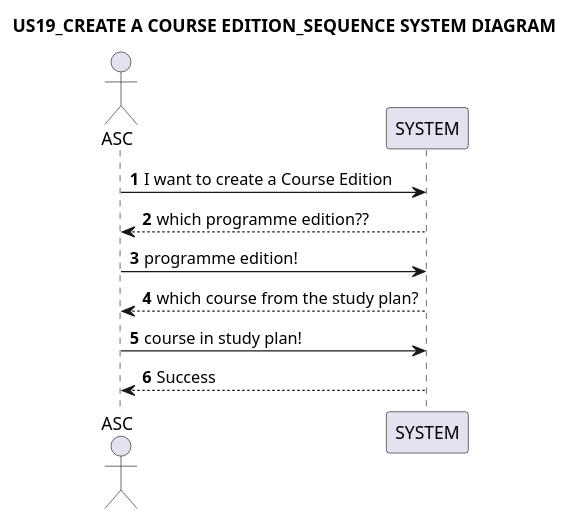
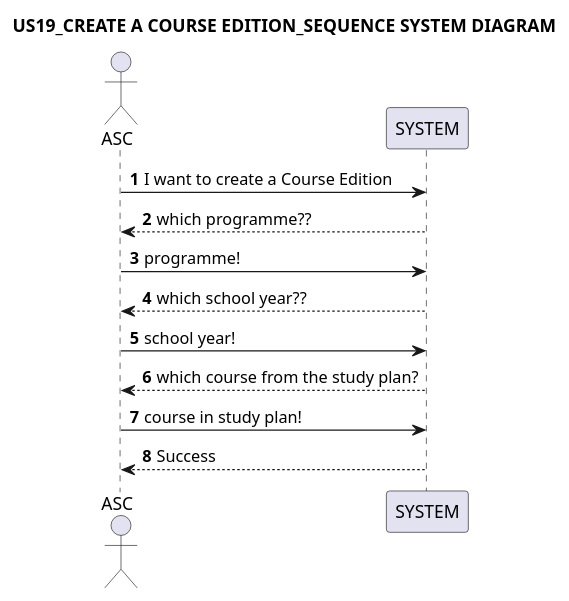
Before and after one commit to GasparISEP/DevOps-PAI: the diagram in docs/US19/US19_CreateCourseEdition_SSD.puml, drawn with PlantUML.

Commit message:
doc(SSD): update us19 ssd with domain changes (refs #61)

```diff
--- a/docs/US19/US19_CreateCourseEdition_SSD.puml
+++ b/docs/US19/US19_CreateCourseEdition_SSD.puml
@@ -1,15 +1,17 @@
 @startuml
 title: US19_CREATE A COURSE EDITION_SEQUENCE SYSTEM DIAGRAM
 autonumber
 
 actor ASC
 participant SYSTEM
 ASC -> SYSTEM:  I want to create a Course Edition
-SYSTEM --> ASC -- : which programme edition??
-ASC -> SYSTEM: programme edition!
+SYSTEM --> ASC -- : which programme??
+ASC -> SYSTEM: programme!
+SYSTEM --> ASC -- : which school year??
+ASC -> SYSTEM: school year!
 SYSTEM --> ASC -- : which course from the study plan?
 ASC -> SYSTEM: course in study plan!
 SYSTEM --> ASC --: Success
 
 
 @enduml
```
